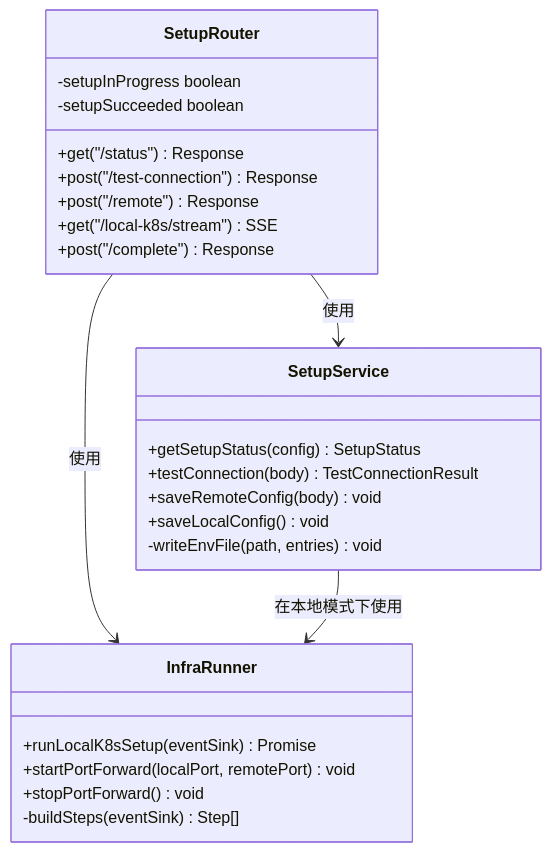
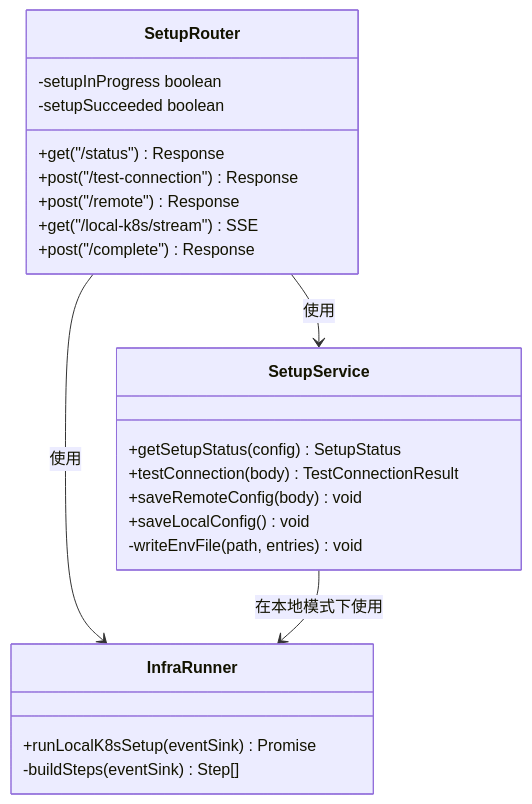
The third of 8 diagrams in .qoder/repowiki/zh/content/API参考文档/REST API/设置向导API.md (RabbitAI-Lab/Sandbox-Manager), drawn with Mermaid before and after one commit. The commit also changed other lines of this file and 21 other files, not shown here.

````diff
--- a/.qoder/repowiki/zh/content/API参考文档/REST API/设置向导API.md
+++ b/.qoder/repowiki/zh/content/API参考文档/REST API/设置向导API.md
@@ -137,28 +159,26 @@
 ```mermaid
 classDiagram
 class SetupRouter {
 +get("/status") Response
 +post("/test-connection") Response
 +post("/remote") Response
 +get("/local-k8s/stream") SSE
 +post("/complete") Response
 -setupInProgress boolean
 -setupSucceeded boolean
 }
 class SetupService {
 +getSetupStatus(config) SetupStatus
 +testConnection(body) TestConnectionResult
 +saveRemoteConfig(body) void
 +saveLocalConfig() void
 -writeEnvFile(path, entries) void
 }
 class InfraRunner {
 +runLocalK8sSetup(eventSink) Promise
-+startPortForward(localPort, remotePort) void
-+stopPortForward() void
 -buildSteps(eventSink) Step[]
 }
 SetupRouter --> SetupService : 使用
 SetupRouter --> InfraRunner : 使用
 SetupService --> InfraRunner : 在本地模式下使用
 ```
````
